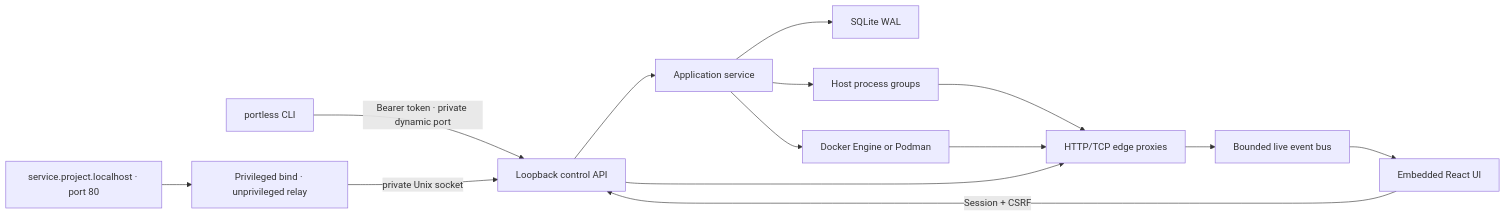
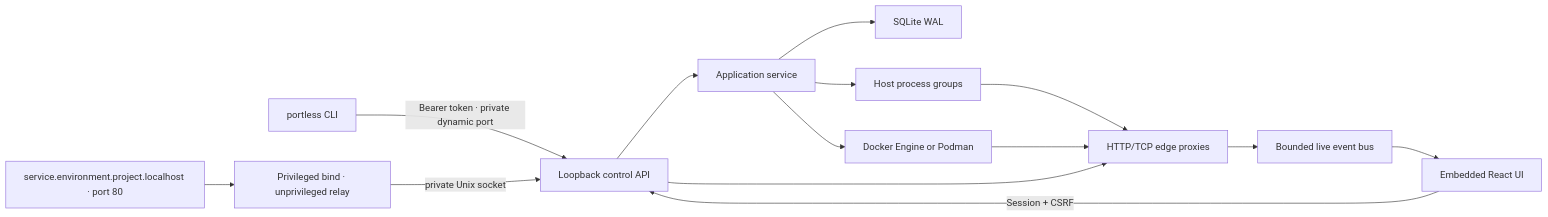
Before and after one commit to runportless/portless: the diagram in README.md, drawn with Mermaid. The commit also changed other lines of this file and 64 other files, not shown here.

````diff
--- a/README.md
+++ b/README.md
@@ -127,16 +209,16 @@
 ```mermaid
 flowchart LR
   CLI["portless CLI"] -->|"Bearer token · private dynamic port"| API["Loopback control API"]
   UI["Embedded React UI"] -->|"Session + CSRF"| API
   API --> APP["Application service"]
   APP --> DB["SQLite WAL"]
   APP --> PROC["Host process groups"]
   APP --> CR["Docker Engine or Podman"]
   PROC --> PROXY["HTTP/TCP edge proxies"]
   CR --> PROXY
-  INGRESS["service.project.localhost · port 80"] --> RELAY["Privileged bind · unprivileged relay"]
+  INGRESS["service.environment.project.localhost · port 80"] --> RELAY["Privileged bind · unprivileged relay"]
   RELAY -->|"private Unix socket"| API
   API --> PROXY
   PROXY --> BUS["Bounded live event bus"]
   BUS --> UI
 ```
````
